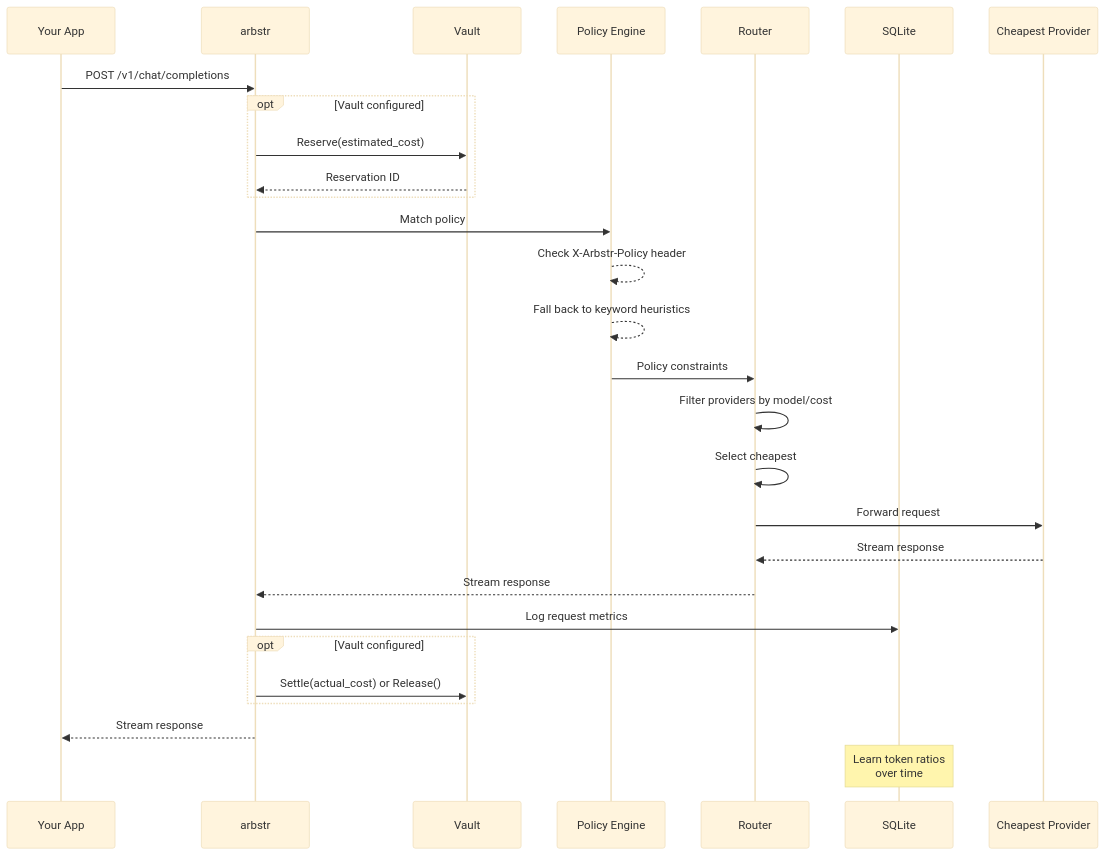
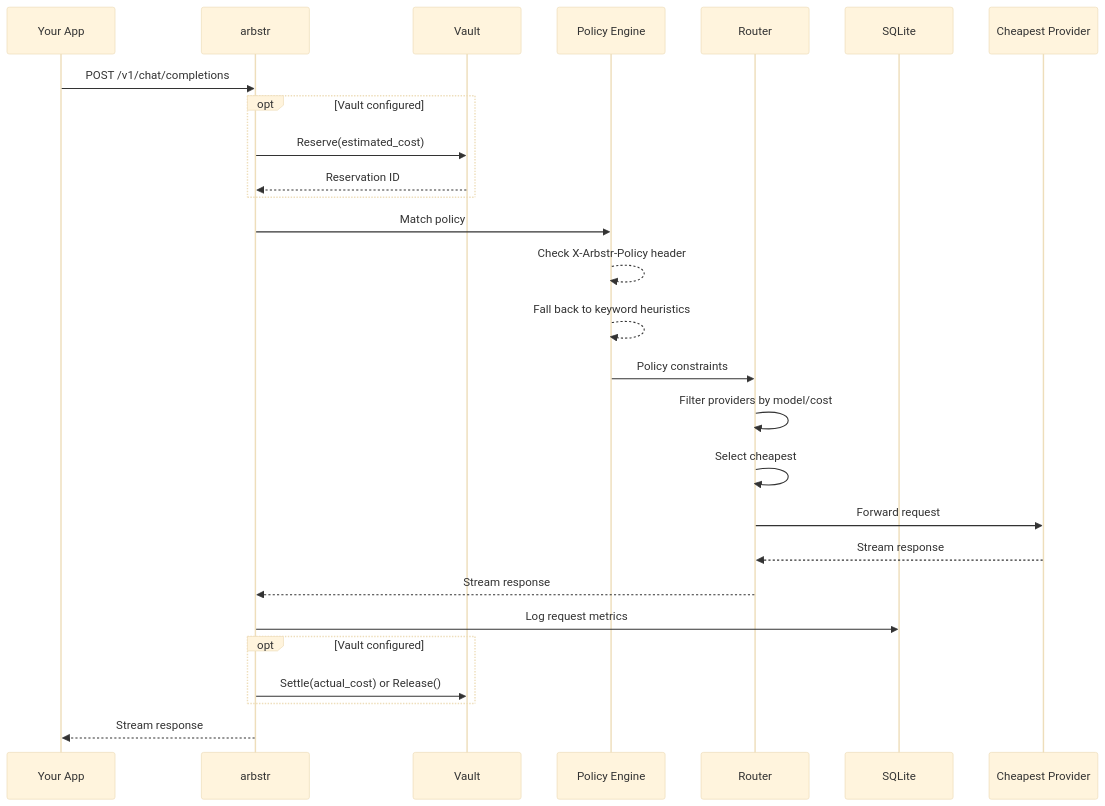
One commit to johnzilla/arbstr changed the second of 2 diagrams in DEVELOPMENT.md. Above: the diagram before and after it, drawn with Mermaid (base theme). The commit also changed other lines of this file and 7 other files, not shown here.

````diff
--- a/DEVELOPMENT.md
+++ b/DEVELOPMENT.md
@@ -74,32 +75,30 @@
 ```mermaid
 sequenceDiagram
     participant App as Your App
     participant Proxy as arbstr
     participant Vault as Vault
     participant Policy as Policy Engine
     participant Router as Router
     participant DB as SQLite
     participant Provider as Cheapest Provider
 
     App->>Proxy: POST /v1/chat/completions
     opt Vault configured
         Proxy->>Vault: Reserve(estimated_cost)
         Vault-->>Proxy: Reservation ID
     end
     Proxy->>Policy: Match policy
     Policy-->>Policy: Check X-Arbstr-Policy header
     Policy-->>Policy: Fall back to keyword heuristics
     Policy->>Router: Policy constraints
     Router->>Router: Filter providers by model/cost
     Router->>Router: Select cheapest
     Router->>Provider: Forward request
     Provider-->>Router: Stream response
     Router-->>Proxy: Stream response
     Proxy->>DB: Log request metrics
     opt Vault configured
         Proxy->>Vault: Settle(actual_cost) or Release()
     end
     Proxy-->>App: Stream response
-
-    Note over DB: Learn token ratios<br/>over time
 ```
````
